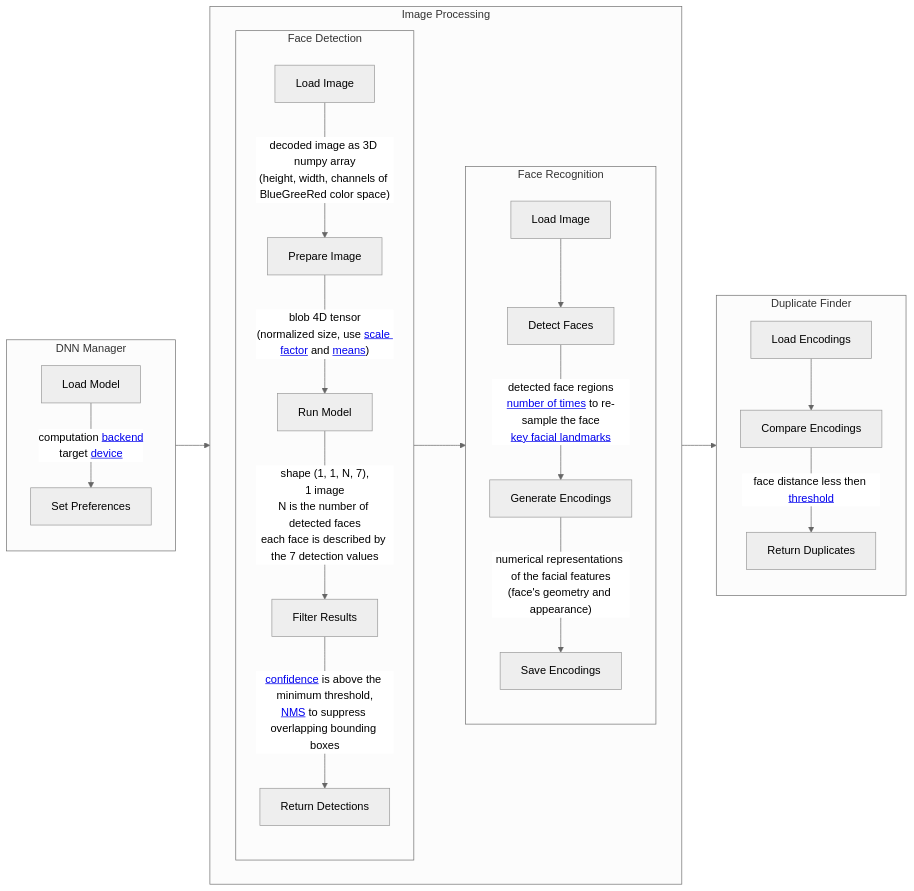
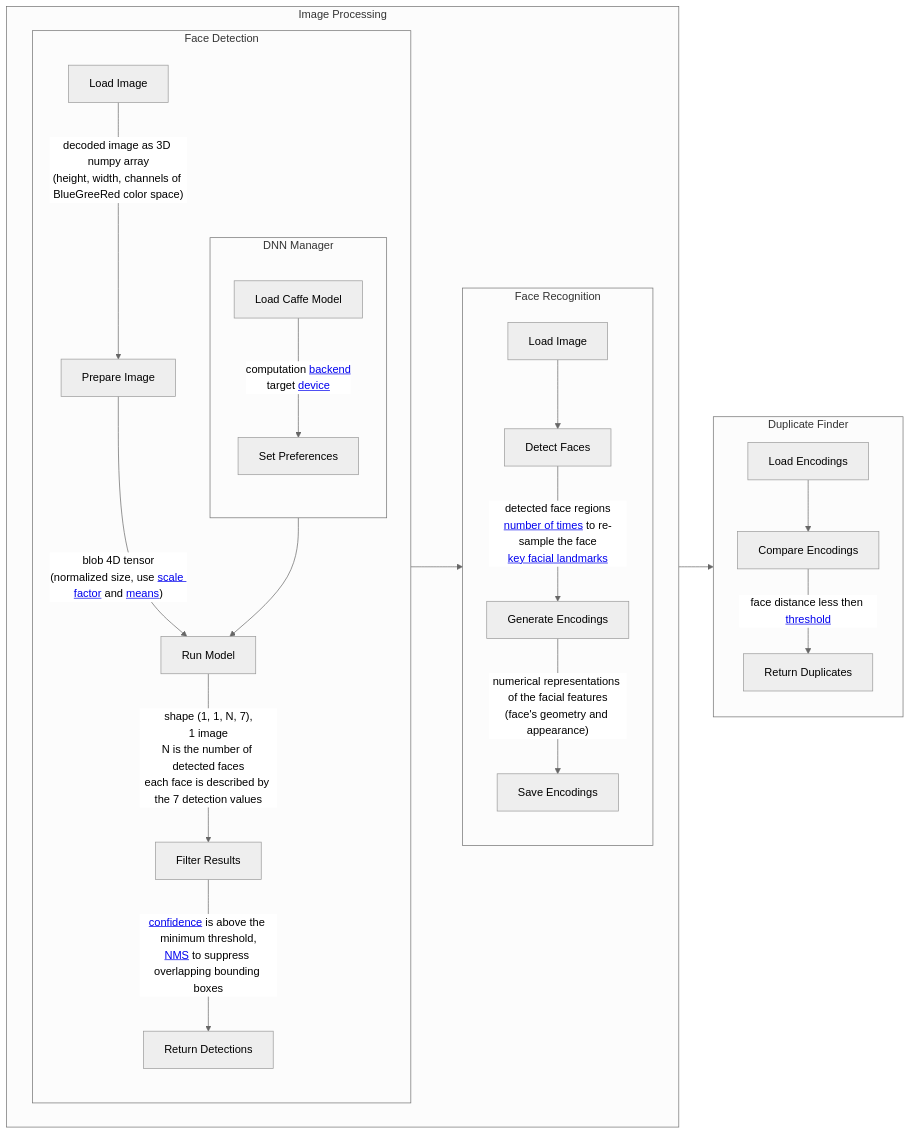
Before and after one commit to unicef/hope-documentation: the diagram in docs/components/hde/did/workflow.md, drawn with Mermaid (neutral theme). The commit also changed other lines of this file, not shown here.

````diff
--- a/docs/components/hde/did/workflow.md
+++ b/docs/components/hde/did/workflow.md
@@ -39,30 +70,33 @@
 ```mermaid
 flowchart LR
-  subgraph DNNManager[DNN Manager]
-      direction TB
-      load_model[Load Model] -- computation <a href="../config/#dnn_backend">backend</a>\ntarget <a href="../config/#dnn_target">device</a>  --> set_preferences[Set Preferences]
-  end
-
   subgraph ImageProcessing[Image Processing]
       direction LR
       
       subgraph FaceDetection[Face Detection]
+
+        subgraph DNNManager[DNN Manager]
+            direction TB
+            load_model[Load Caffe Model] -- computation <a href="../config/#dnn_backend">backend</a>\ntarget <a href="../config/#dnn_target">device</a>  --> set_preferences[Set Preferences]
+        end
+          
+          DNNManager --> run_model
+
           direction TB
           load_image[Load Image] -- decoded image as 3D numpy array\n(height, width, channels of BlueGreeRed color space) --> prepare_image[Prepare Image] -- blob 4D tensor\n(normalized size, use <a href="../config/#blob_from_image_scale_factor">scale factor</a> and <a href="../config/#blob_from_image_mean_values">means</a>) --> run_model[Run Model] -- shape (1, 1, N, 7),\n1 image\nN is the number of detected faces\neach face is described by the 7 detection values--> filter_results[Filter Results] -- <a href="../config/#face_detection_confidence">confidence</a> is above the minimum threshold,\n<a href="../config/#nms_threshold">NMS</a> to suppress overlapping bounding boxes --> return_detections[Return Detections]
       end
       
       subgraph FaceRecognition[Face Recognition]
           direction TB
           load_image_[Load Image] --> detect_faces[Detect Faces] -- detected face regions\n<a href="../config/#face_encodings_num_jitters">number of times</a> to re-sample the face\n<a href="../config/#face_encodings_model">key facial landmarks</a> --> generate_encodings[Generate Encodings] -- numerical representations of the facial features\n(face's geometry and appearance) --> save_encodings[Save Encodings]
       end
   end
 
   subgraph DuplicateFinder[Duplicate Finder]
       direction TB
       load_encodings[Load Encodings] --> compare_encodings[Compare Encodings] -- face distance less then <a href="../config/#face_distance_threshold">threshold</a> --> return_duplicates[Return Duplicates]
   end
 
-  DNNManager --> ImageProcessing --> DuplicateFinder
+  ImageProcessing --> DuplicateFinder
   FaceDetection --> FaceRecognition
 
 ```
````
